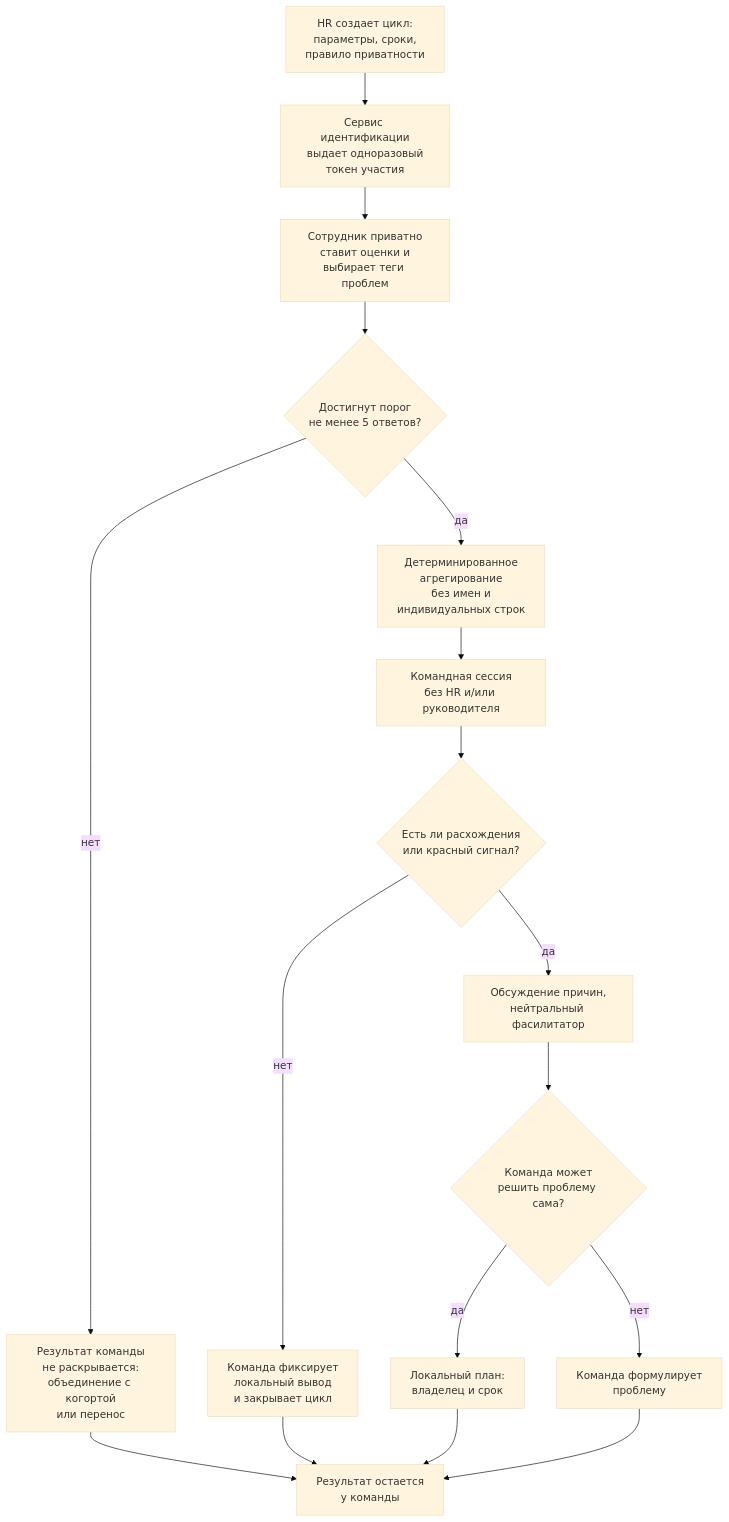
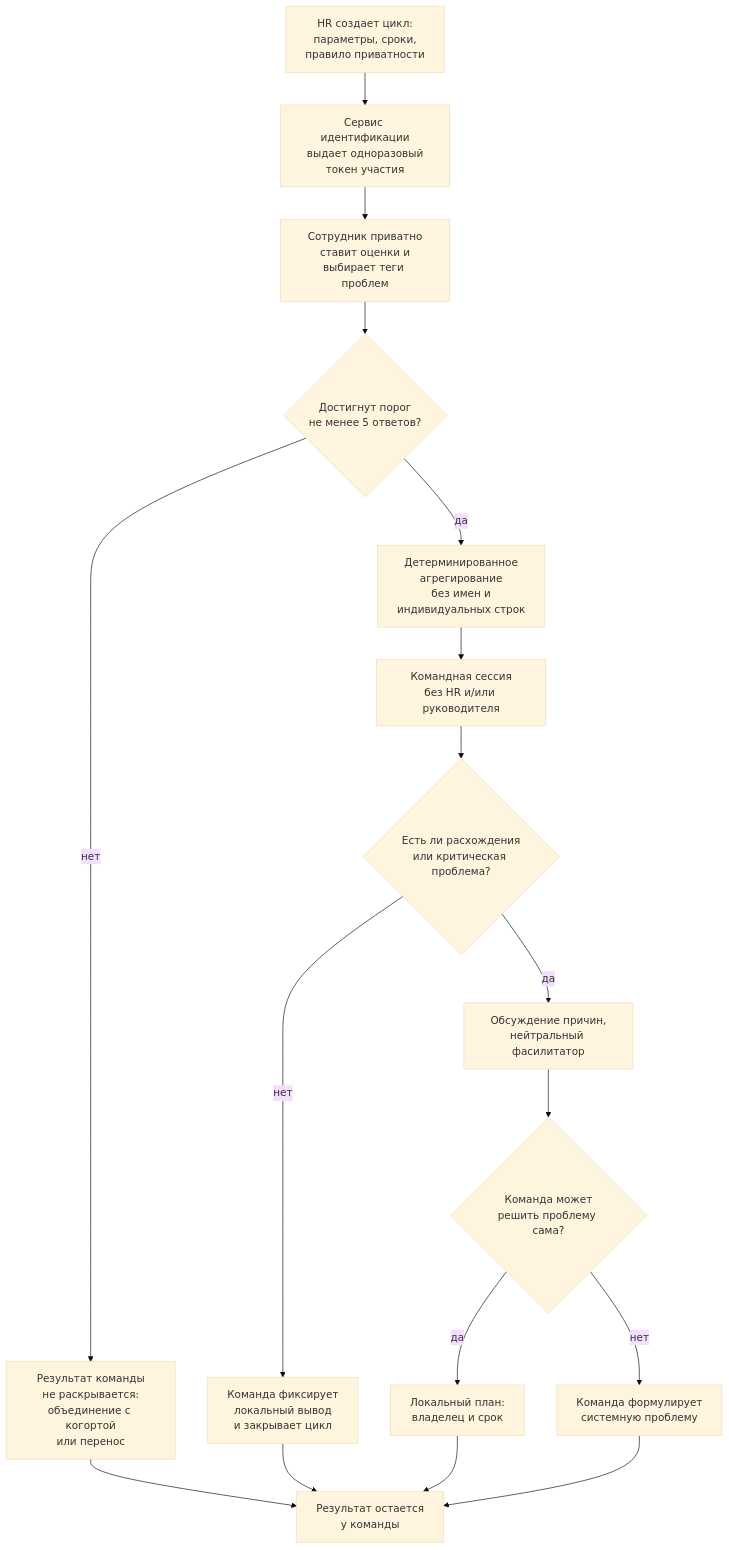
The first of 3 diagrams in docs/03_tobe_architecture.md (CarabasBarabas/team-other-03), drawn with Mermaid (base theme) before and after one commit. The commit also changed other lines of this file, not shown here.

````diff
--- a/docs/03_tobe_architecture.md
+++ b/docs/03_tobe_architecture.md
@@ -19,19 +35,19 @@
 ```mermaid
 flowchart TD
     A["HR создает цикл:<br/>параметры, сроки,<br/>правило приватности"] --> B["Сервис идентификации<br/>выдает одноразовый<br/>токен участия"]
     B --> C["Сотрудник приватно<br/>ставит оценки и<br/>выбирает теги проблем"]
     C --> D{"Достигнут порог<br/>не менее 5 ответов?"}
     D -->|"нет"| D1["Результат команды<br/>не раскрывается:<br/>объединение с когортой<br/>или перенос"]
     D -->|"да"| E["Детерминированное<br/>агрегирование<br/>без имен и<br/>индивидуальных строк"]
     E --> F["Командная сессия<br/>без HR и/или руководителя"]
-    F --> G{"Есть ли расхождения<br/>или красный сигнал?"}
+    F --> G{"Есть ли расхождения<br/>или критическая проблема?"}
     G -->|"нет"| G1["Команда фиксирует<br/>локальный вывод<br/>и закрывает цикл"]
     G -->|"да"| H["Обсуждение причин,<br/>нейтральный фасилитатор"]
     H --> I{"Команда может<br/>решить проблему сама?"}
     I -->|"да"| I1["Локальный план:<br/>владелец и срок"]
-    I -->|"нет"| I2["Команда формулирует<br/> проблему"]
+    I -->|"нет"| I2["Команда формулирует<br/>системную проблему"]
     D1 --> Z["Результат остается<br/>у команды"]
     G1 --> Z
     I1 --> Z
     I2 --> Z
 ```
````
